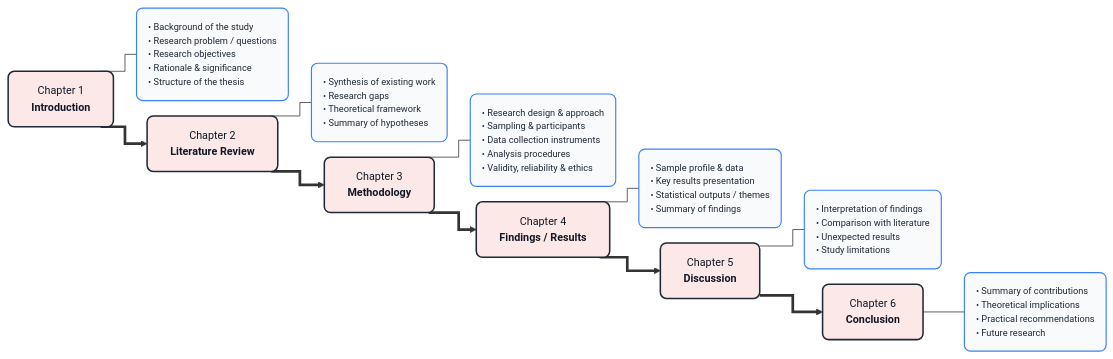
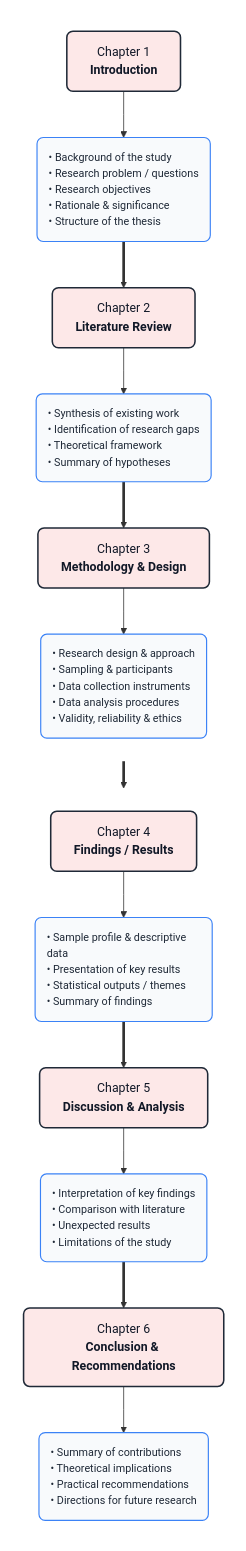
Before and after one commit to Merceline10/My-First_Ever: the diagram in Research Design V2.md, drawn with Mermaid. The commit also changed other lines of this file, not shown here.

Commit message:
Enhance research guide structure and flowchart
Updated the research guide structure with improved flowchart styling and added detailed chapter descriptions.

````diff
--- a/Research Design V2.md
+++ b/Research Design V2.md
@@ -1,33 +3,52 @@
 ```mermaid
-%%{init: {'flowchart': {'curve': 'stepAfter', 'nodeSpacing': 20, 'rankSpacing': 30}}}%%
-flowchart LR
-    classDef chapterBox fill:#fde8e8,stroke:#1f2937,stroke-width:2px,rx:8,ry:8,color:#111827,font-size:14px
-    classDef subBox fill:#f8fafc,stroke:#3b82f6,stroke-width:1.5px,rx:8,ry:8,color:#1f2937,font-size:12px,text-align:left
+%%{init: {'flowchart': {'curve': 'stepAfter', 'nodeSpacing': 20, 'rankSpacing': 35}}}%%
+flowchart TD
+    %% Styling with larger, readable fonts
+    classDef chapterBox fill:#fde8e8,stroke:#1f2937,stroke-width:2px,rx:8,ry:8,color:#111827,font-size:16px
+    classDef subBox fill:#f8fafc,stroke:#3b82f6,stroke-width:1.5px,rx:8,ry:8,color:#1f2937,font-size:14px,text-align:left
 
-    Ch1["<span style='color:#dc2626;font-weight:bold'>Chapter 1</span><br/><b>Introduction</b>"]:::chapterBox
-    S1("• Background of the study<br/>• Research problem / questions<br/>• Research objectives<br/>• Rationale & significance<br/>• Structure of the thesis"):::subBox
+    %% ================= LEFT COLUMN (Chapters 1 - 3) =================
+    subgraph LeftCol [" "]
+        direction TB
+        Ch1["<span style='color:#dc2626;font-weight:bold'>Chapter 1</span><br/><b>Introduction</b>"]:::chapterBox
+        S1("• Background of the study<br/>• Research problem / questions<br/>• Research objectives<br/>• Rationale & significance<br/>• Structure of the thesis"):::subBox
+        Ch1 --> S1
 
-    Ch2["<span style='color:#dc2626;font-weight:bold'>Chapter 2</span><br/><b>Literature Review</b>"]:::chapterBox
-    S2("• Synthesis of existing work<br/>• Research gaps<br/>• Theoretical framework<br/>• Summary of hypotheses"):::subBox
+        Ch2["<span style='color:#dc2626;font-weight:bold'>Chapter 2</span><br/><b>Literature Review</b>"]:::chapterBox
+        S2("• Synthesis of existing work<br/>• Identification of research gaps<br/>• Theoretical framework<br/>• Summary of hypotheses"):::subBox
+        Ch2 --> S2
 
-    Ch3["<span style='color:#dc2626;font-weight:bold'>Chapter 3</span><br/><b>Methodology</b>"]:::chapterBox
-    S3("• Research design & approach<br/>• Sampling & participants<br/>• Data collection instruments<br/>• Analysis procedures<br/>• Validity, reliability & ethics"):::subBox
+        Ch3["<span style='color:#dc2626;font-weight:bold'>Chapter 3</span><br/><b>Methodology & Design</b>"]:::chapterBox
+        S3("• Research design & approach<br/>• Sampling & participants<br/>• Data collection instruments<br/>• Data analysis procedures<br/>• Validity, reliability & ethics"):::subBox
+        Ch3 --> S3
 
-    Ch4["<span style='color:#dc2626;font-weight:bold'>Chapter 4</span><br/><b>Findings / Results</b>"]:::chapterBox
-    S4("• Sample profile & data<br/>• Key results presentation<br/>• Statistical outputs / themes<br/>• Summary of findings"):::subBox
+        S1 ==> Ch2
+        S2 ==> Ch3
+    end
 
-    Ch5["<span style='color:#dc2626;font-weight:bold'>Chapter 5</span><br/><b>Discussion</b>"]:::chapterBox
-    S5("• Interpretation of findings<br/>• Comparison with literature<br/>• Unexpected results<br/>• Study limitations"):::subBox
+    %% ================= RIGHT COLUMN (Chapters 4 - 6) =================
+    subgraph RightCol [" "]
+        direction TB
+        Ch4["<span style='color:#dc2626;font-weight:bold'>Chapter 4</span><br/><b>Findings / Results</b>"]:::chapterBox
+        S4("• Sample profile & descriptive data<br/>• Presentation of key results<br/>• Statistical outputs / themes<br/>• Summary of findings"):::subBox
+        Ch4 --> S4
 
-    Ch6["<span style='color:#dc2626;font-weight:bold'>Chapter 6</span><br/><b>Conclusion</b>"]:::chapterBox
-    S6("• Summary of contributions<br/>• Theoretical implications<br/>• Practical recommendations<br/>• Future research"):::subBox
+        Ch5["<span style='color:#dc2626;font-weight:bold'>Chapter 5</span><br/><b>Discussion & Analysis</b>"]:::chapterBox
+        S5("• Interpretation of key findings<br/>• Comparison with literature<br/>• Unexpected results<br/>• Limitations of the study"):::subBox
+        Ch5 --> S5
 
-    Ch1 --- S1
-    Ch2 --- S2
-    Ch3 --- S3
-    Ch4 --- S4
-    Ch5 --- S5
-    Ch6 --- S6
+        Ch6["<span style='color:#dc2626;font-weight:bold'>Chapter 6</span><br/><b>Conclusion & Recommendations</b>"]:::chapterBox
+        S6("• Summary of contributions<br/>• Theoretical implications<br/>• Practical recommendations<br/>• Directions for future research"):::subBox
+        Ch6 --> S6
 
-    Ch1 ==> Ch2 ==> Ch3 ==> Ch4 ==> Ch5 ==> Ch6
+        S4 ==> Ch5
+        S5 ==> Ch6
+    end
+
+    %% ================= BRIDGE BETWEEN COLUMNS =================
+    S3 ==> Ch4
+
+    %% Hide subgraph borders so only the chapter cards appear
+    style LeftCol fill:transparent,stroke:none
+    style RightCol fill:transparent,stroke:none
 ```
````
